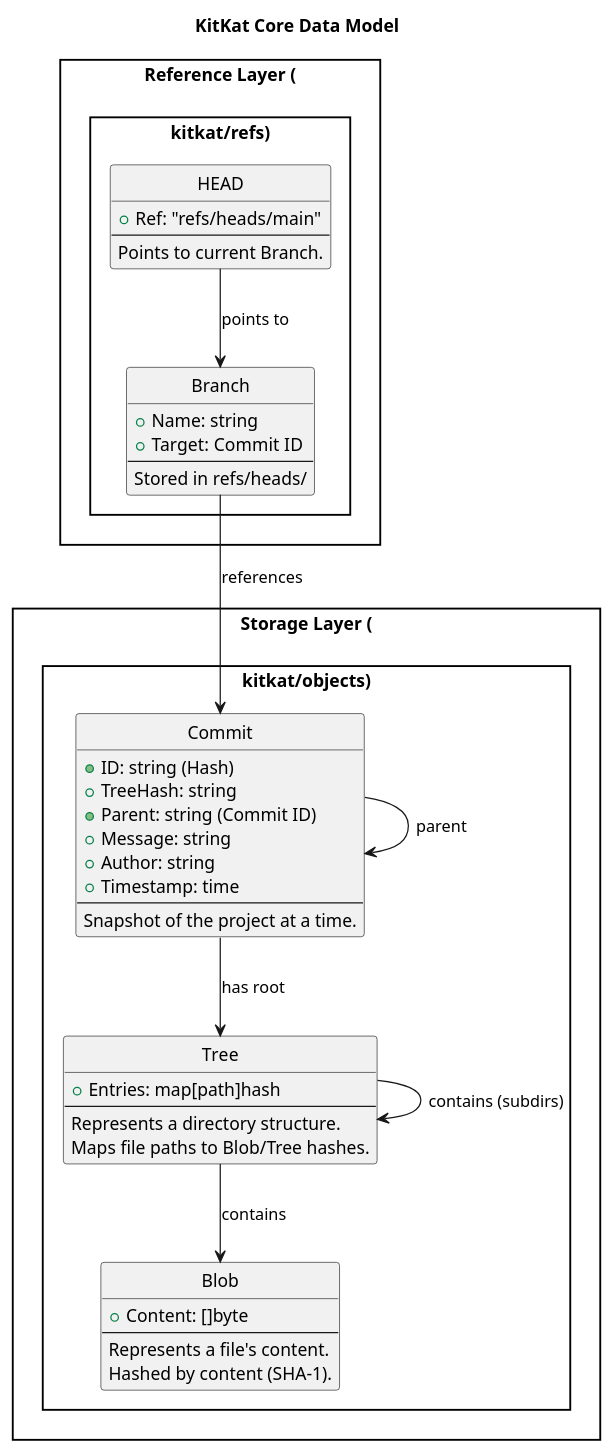
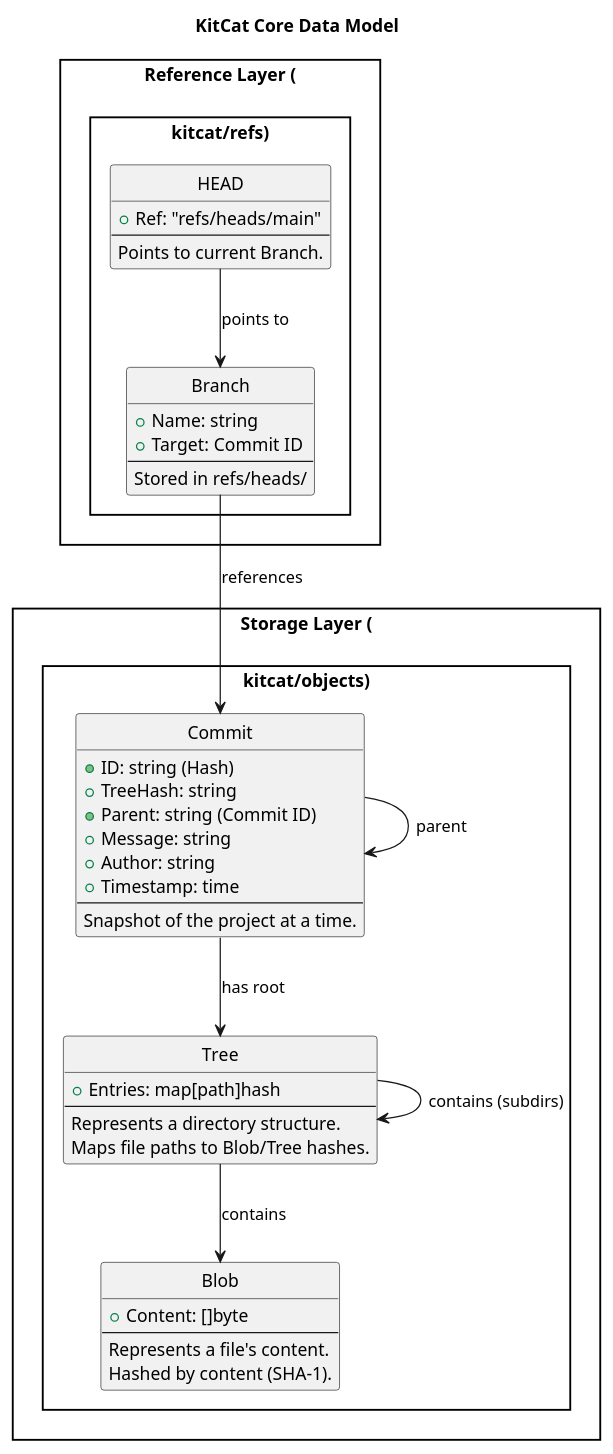
The first of 3 diagrams in diagram.puml (LeeFred3042U/kitkat), drawn with PlantUML before and after one commit. The commit also changed other lines of this file and 47 other files, not shown here.

Commit message:
chore: change kitkat to kitcat (#147)

```diff
--- a/diagram.puml
+++ b/diagram.puml
@@ -4,54 +4,54 @@
 @startuml architecture
-title KitKat Core Data Model
+title KitCat Core Data Model
 skinparam style strictuml
 skinparam packageStyle rectangle
 
-package "Storage Layer (.kitkat/objects)" {
+package "Storage Layer (.kitcat/objects)" {
   class "Blob" as blob {
     + Content: []byte
     --
     Represents a file's content.
     Hashed by content (SHA-1).
   }
 
   class "Tree" as tree {
     + Entries: map[path]hash
     --
     Represents a directory structure.
     Maps file paths to Blob/Tree hashes.
   }
 
   class "Commit" as commit {
     + ID: string (Hash)
     + TreeHash: string
     + Parent: string (Commit ID)
     + Message: string
     + Author: string
     + Timestamp: time
     --
     Snapshot of the project at a time.
   }
 }
 
-package "Reference Layer (.kitkat/refs)" {
+package "Reference Layer (.kitcat/refs)" {
   class "Branch" as branch {
     + Name: string
     + Target: Commit ID
     --
     Stored in refs/heads/
   }
   
   class "HEAD" as head {
     + Ref: "refs/heads/main" 
     --
     Points to current Branch.
   }
 }
 
 head --> branch : points to
 branch --> commit : references
 commit --> tree : has root
 tree --> blob : contains
 tree --> tree : contains (subdirs)
 commit --> commit : parent
 @enduml
```
